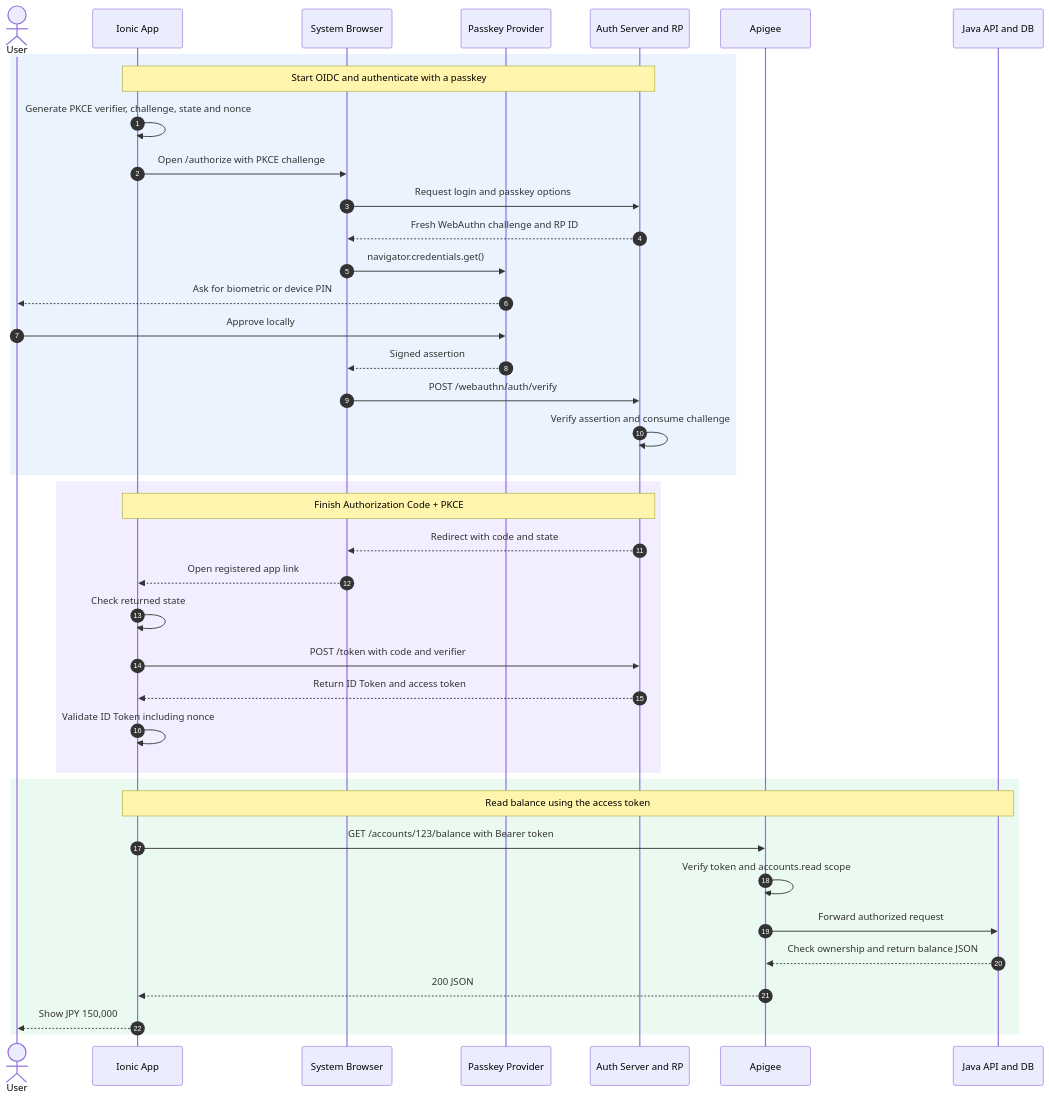
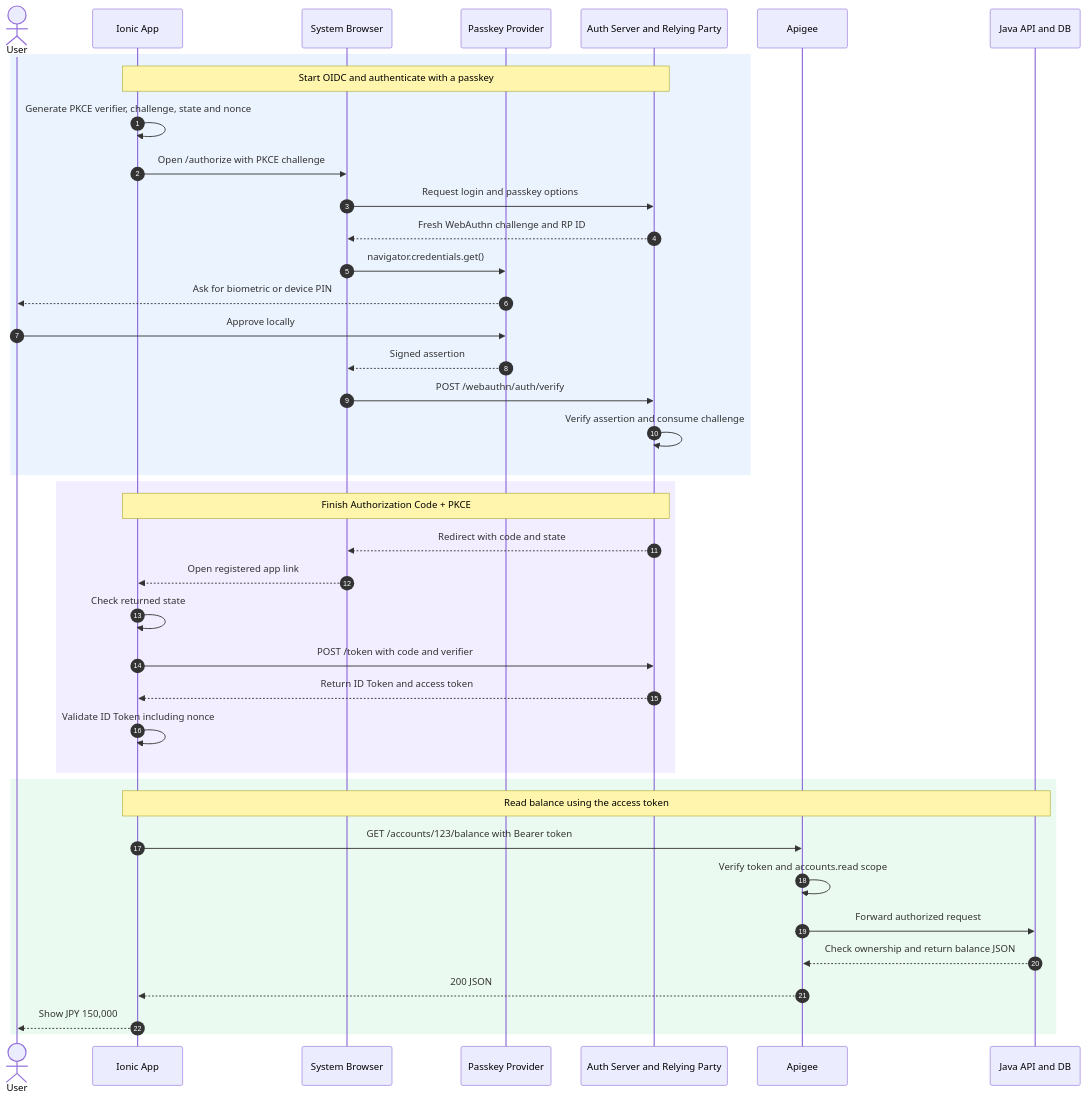
The second of 2 diagrams in posts/Backend/passkeys-mobile-banking.md (baotq94/baotq94.github.io), drawn with Mermaid before and after one commit. The commit also changed other lines of this file and 2 other files, not shown here.

````diff
--- a/posts/Backend/passkeys-mobile-banking.md
+++ b/posts/Backend/passkeys-mobile-banking.md
@@ -87,45 +64,45 @@
 ```mermaid
 sequenceDiagram
     accTitle: Passkey login and mobile banking balance request
     accDescr: The system browser authenticates the customer with WebAuthn, the app receives OIDC tokens, and Java checks account ownership before returning a balance.
     autonumber
     actor User
     participant App as Ionic App
     participant Browser as System Browser
     participant Device as Passkey Provider
-    participant Auth as Auth Server and RP
+    participant Auth as Auth Server and Relying Party
     participant GW as Apigee
     participant API as Java API and DB
 
     rect rgb(235, 243, 255)
         Note over App,Auth: Start OIDC and authenticate with a passkey
         App->>App: Generate PKCE verifier, challenge, state and nonce
         App->>Browser: Open /authorize with PKCE challenge
         Browser->>Auth: Request login and passkey options
         Auth-->>Browser: Fresh WebAuthn challenge and RP ID
         Browser->>Device: navigator.credentials.get()
         Device-->>User: Ask for biometric or device PIN
         User->>Device: Approve locally
         Device-->>Browser: Signed assertion
         Browser->>Auth: POST /webauthn/auth/verify
         Auth->>Auth: Verify assertion and consume challenge
     end
     rect rgb(242, 237, 255)
         Note over App,Auth: Finish Authorization Code + PKCE
         Auth-->>Browser: Redirect with code and state
         Browser-->>App: Open registered app link
         App->>App: Check returned state
         App->>Auth: POST /token with code and verifier
         Auth-->>App: Return ID Token and access token
         App->>App: Validate ID Token including nonce
     end
     rect rgb(235, 250, 240)
         Note over App,API: Read balance using the access token
         App->>GW: GET /accounts/123/balance with Bearer token
         GW->>GW: Verify token and accounts.read scope
         GW->>API: Forward authorized request
         API-->>GW: Check ownership and return balance JSON
         GW-->>App: 200 JSON
         App-->>User: Show JPY 150,000
     end
 ```
````
